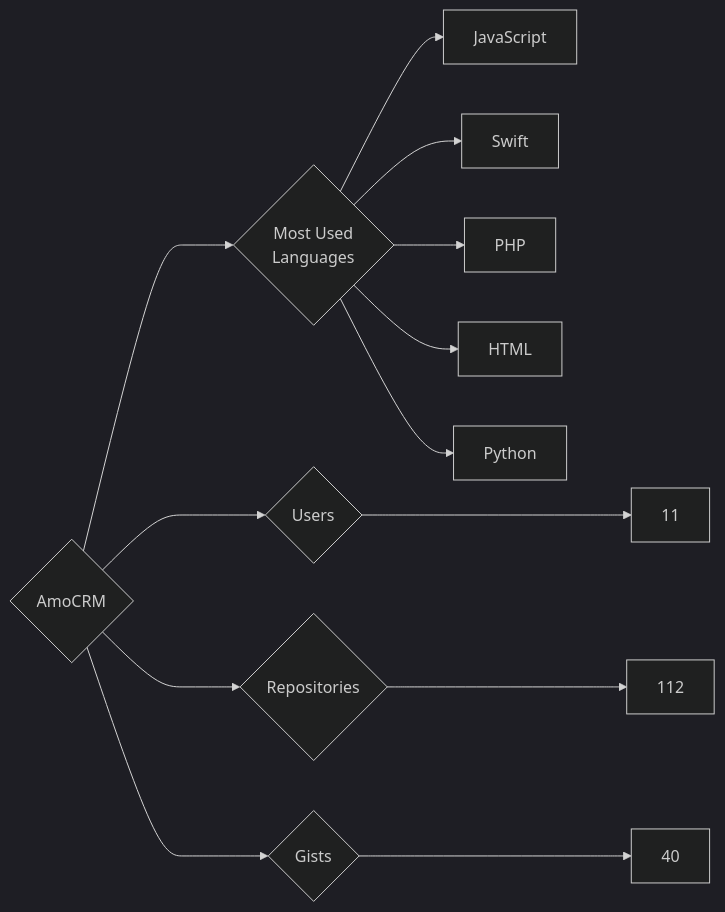
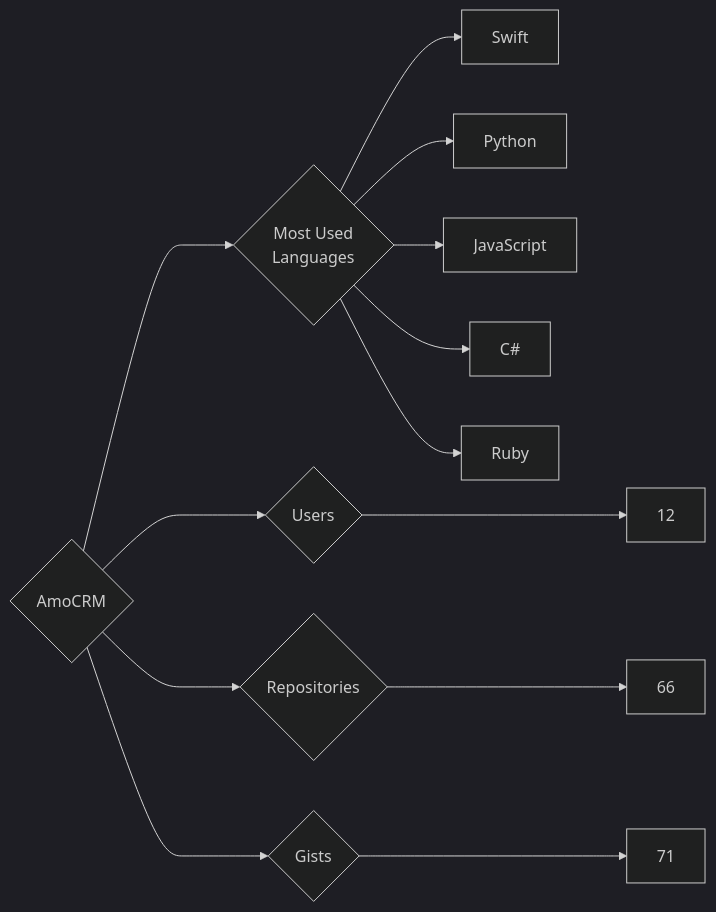
The diagram in targets/AmoCRM/README.md (trickest/insiders), drawn with Mermaid (dark theme) before and after one commit. The commit also changed 927 other files, not shown here.

````diff
--- a/targets/AmoCRM/README.md
+++ b/targets/AmoCRM/README.md
@@ -3,13 +3,13 @@
 ```mermaid
 graph LR
 COMPANY_NAME{AmoCRM}
-COMPANY_NAME ---> U{Users} ---> UN[11]
-COMPANY_NAME ---> R{Repositories} ---> RN[112]
-COMPANY_NAME ---> G{Gists} ---> GN[40]
+COMPANY_NAME ---> U{Users} ---> UN[12]
+COMPANY_NAME ---> R{Repositories} ---> RN[66]
+COMPANY_NAME ---> G{Gists} ---> GN[71]
 COMPANY_NAME ---> ML{Most Used<br>Languages}
+ML --> Swift[Swift]
+ML --> Python[Python]
 ML --> JavaScript[JavaScript]
-ML --> Swift[Swift]
-ML --> PHP[PHP]
-ML --> HTML[HTML]
-ML --> Python[Python]
+ML --> C#[C#]
+ML --> Ruby[Ruby]
 ```
````
